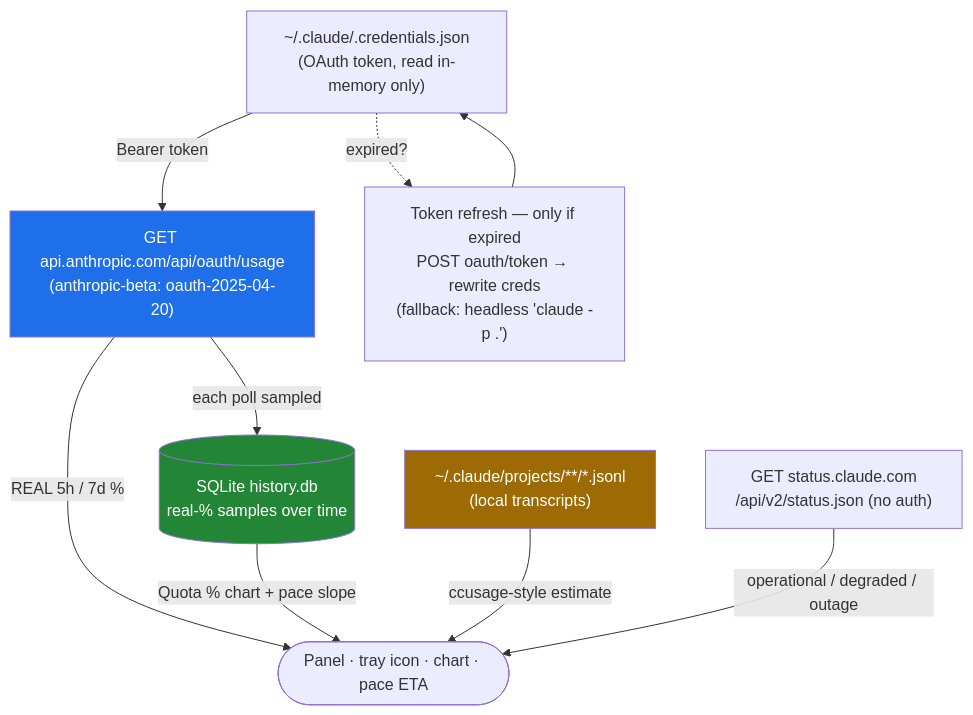
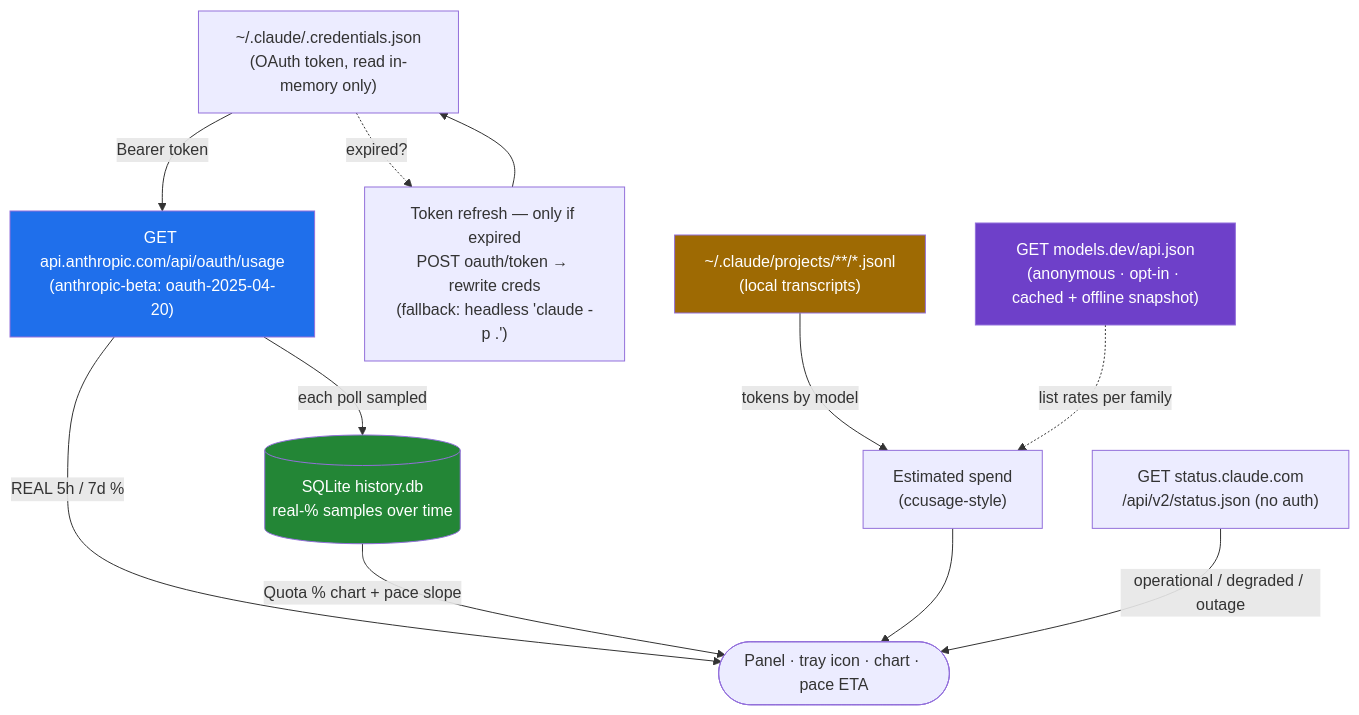
Before and after one commit to L-Vasconcelos/claudebar-win: the diagram in README.md, drawn with Mermaid. The commit also changed other lines of this file and 16 other files, not shown here.

````diff
--- a/README.md
+++ b/README.md
@@ -227,21 +258,24 @@
 ```mermaid
 flowchart TD
     creds["~/.claude/.credentials.json<br/>(OAuth token, read in-memory only)"]
     usage["GET api.anthropic.com/api/oauth/usage<br/>(anthropic-beta: oauth-2025-04-20)"]
     refresh["Token refresh — only if expired<br/>POST oauth/token → rewrite creds<br/>(fallback: headless 'claude -p .')"]
     db[("SQLite history.db<br/>real-% samples over time")]
     transcripts["~/.claude/projects/**/*.jsonl<br/>(local transcripts)"]
+    prices["GET models.dev/api.json<br/>(anonymous · opt-in · cached + offline snapshot)"]
     health["GET status.claude.com<br/>/api/v2/status.json (no auth)"]
     panel(["Panel · tray icon · chart · pace ETA"])
 
     creds -->|Bearer token| usage
     creds -.->|expired?| refresh --> creds
     usage -->|REAL 5h / 7d %| panel
     usage -->|each poll sampled| db -->|Quota % chart + pace slope| panel
-    transcripts -->|ccusage-style estimate| panel
+    transcripts -->|tokens by model| spend["Estimated spend<br/>(ccusage-style)"]
+    prices -.->|list rates per family| spend --> panel
     health -->|operational / degraded / outage| panel
 
     style usage fill:#1f6feb,color:#fff
     style db fill:#238636,color:#fff
     style transcripts fill:#9e6a03,color:#fff
+    style prices fill:#6e40c9,color:#fff
 ```
````
